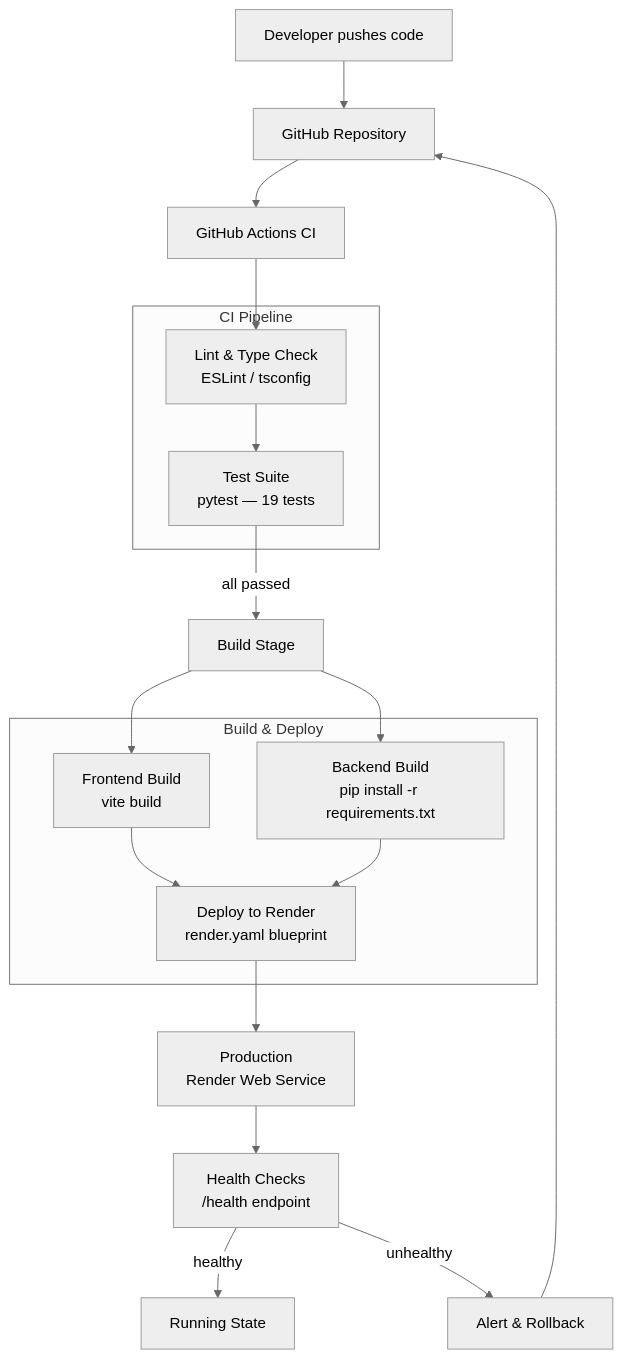
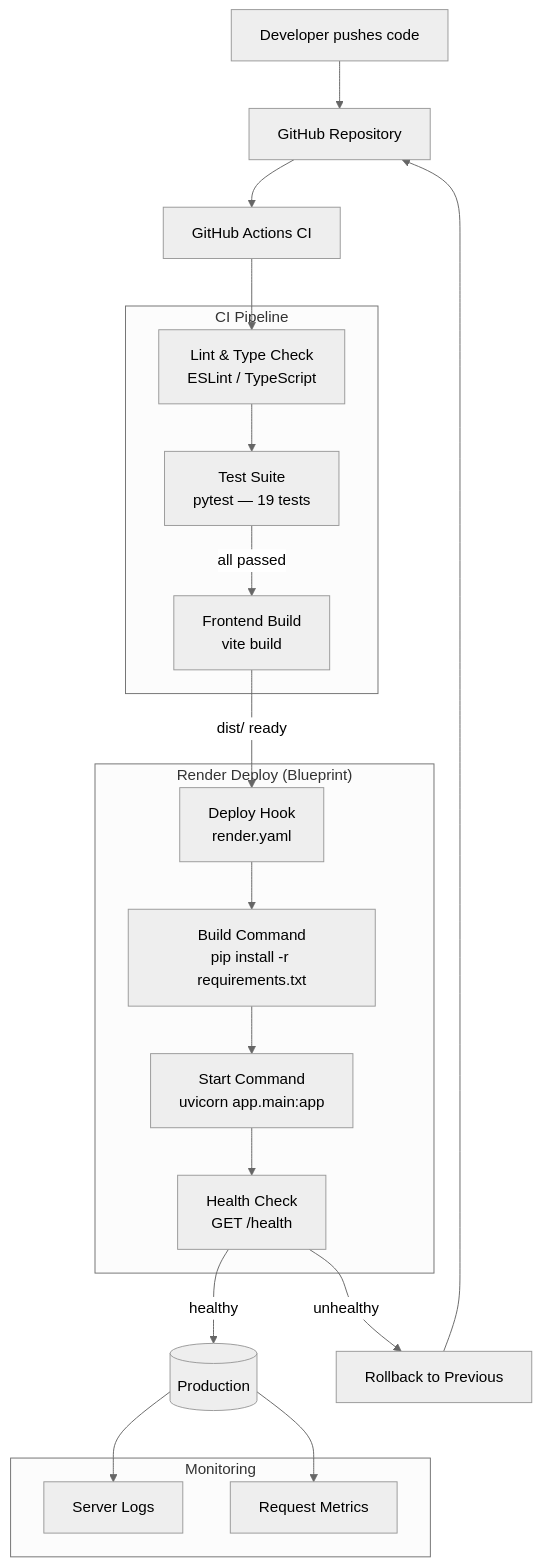
One commit to SairajMN/NeuroWeave changed the fourth of 5 diagrams in README.md. Above: the diagram before and after it, drawn with Mermaid (neutral theme). The commit also changed other lines of this file, not shown here.

````diff
--- a/README.md
+++ b/README.md
@@ -223,30 +910,38 @@
 ```mermaid
 flowchart TD
     DEV[Developer pushes code] --> GIT[GitHub Repository]
     GIT --> CI[GitHub Actions CI]
 
     subgraph "CI Pipeline"
-        LINT[Lint & Type Check<br/>ESLint / tsconfig]
+        LINT[Lint & Type Check<br/>ESLint / TypeScript]
         TEST[Test Suite<br/>pytest — 19 tests]
+        VITE[Frontend Build<br/>vite build]
     end
 
     CI --> LINT
     LINT --> TEST
-    TEST -->|all passed| BUILD[Build Stage]
+    TEST -->|all passed| VITE
+    VITE -->|dist/ ready| DEPLOY
 
-    subgraph "Build & Deploy"
-        FB[Frontend Build<br/>vite build]
-        BB[Backend Build<br/>pip install -r requirements.txt]
-        DEPLOY[Deploy to Render<br/>render.yaml blueprint]
+    subgraph "Render Deploy (Blueprint)"
+        DEPLOY[Deploy Hook<br/>render.yaml]
+        BUILD[Build Command<br/>pip install -r requirements.txt]
+        START[Start Command<br/>uvicorn app.main:app]
+        HEALTH[Health Check<br/>GET /health]
     end
 
-    BUILD --> FB
-    BUILD --> BB
-    FB & BB --> DEPLOY
-    DEPLOY --> LIVE[Production<br/>Render Web Service]
+    DEPLOY --> BUILD
+    BUILD --> START
+    START --> HEALTH
+    HEALTH -->|healthy| LIVE[(Production)]
+    HEALTH -->|unhealthy| ROLLBACK[Rollback to Previous]
+    ROLLBACK --> GIT
 
-    LIVE --> MONITOR[Health Checks<br/>/health endpoint]
-    MONITOR -->|healthy| RUN[Running State]
-    MONITOR -->|unhealthy| ALERT[Alert & Rollback]
-    ALERT --> GIT
+    subgraph "Monitoring"
+        LOGS[Server Logs]
+        METRICS[Request Metrics]
+    end
+
+    LIVE --> LOGS
+    LIVE --> METRICS
 ```
````
